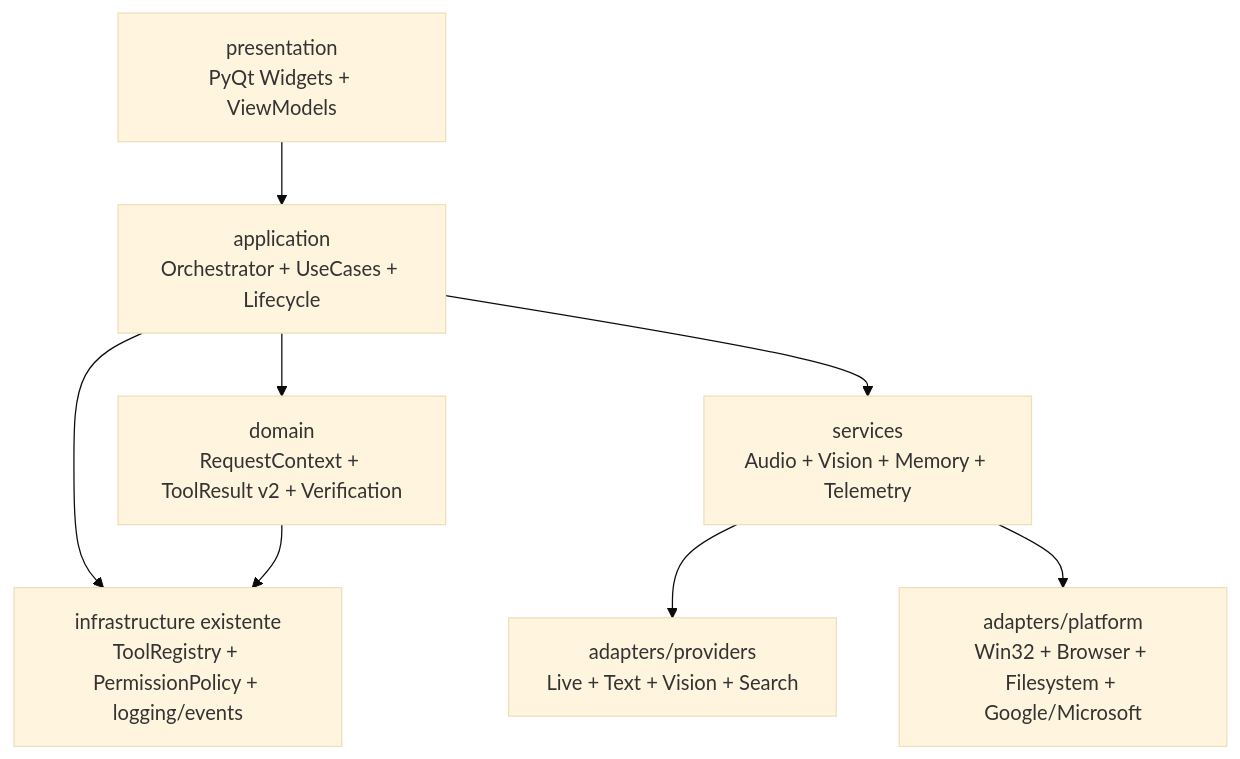
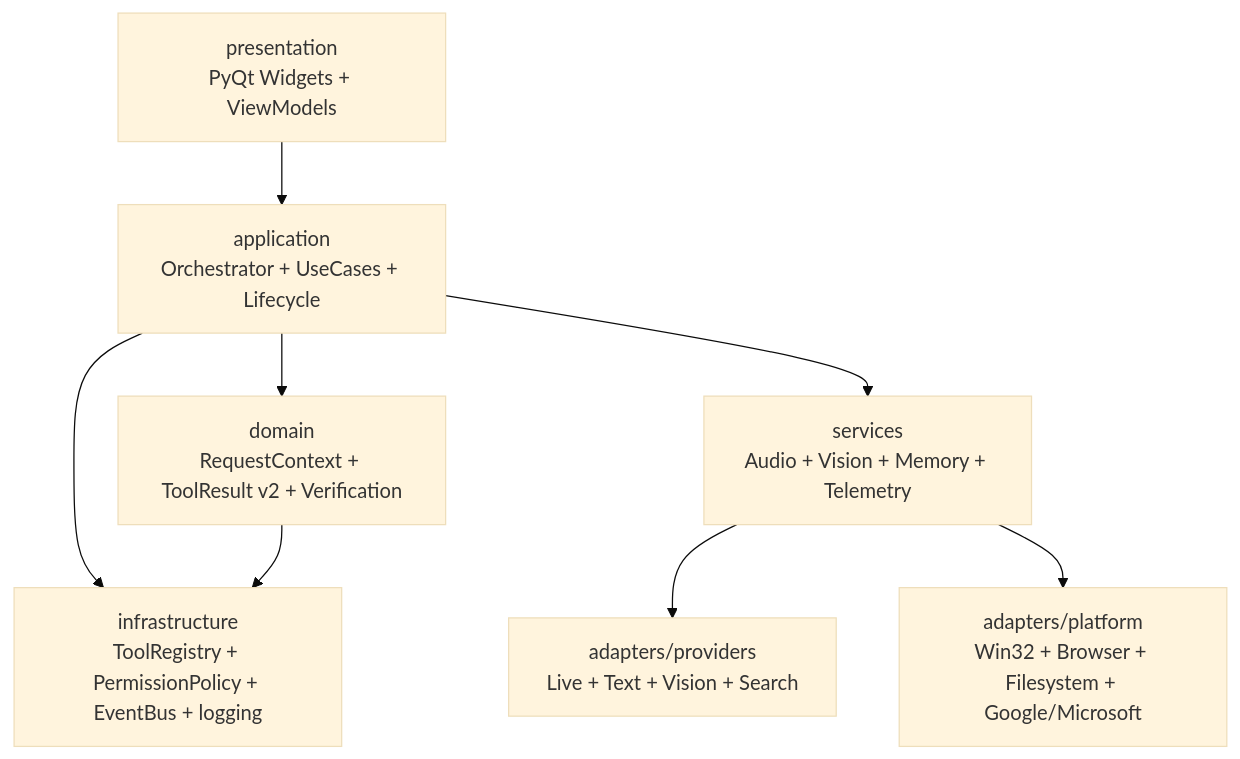
One commit to alejogaisser/J.A.R.V.I.S.-Prototype changed the fourth of 4 diagrams in ARCHITECTURE.md. Above: the diagram before and after it, drawn with Mermaid (base theme). The commit also changed other lines of this file and 19 other files, not shown here.

Commit message:
feat: add typed runtime event bus

````diff
--- a/ARCHITECTURE.md
+++ b/ARCHITECTURE.md
@@ -334,18 +342,18 @@
 ```mermaid
 flowchart TD
     Presentation["presentation\nPyQt Widgets + ViewModels"]
     Application["application\nOrchestrator + UseCases + Lifecycle"]
     Domain["domain\nRequestContext + ToolResult v2 + Verification"]
     Services["services\nAudio + Vision + Memory + Telemetry"]
     Providers["adapters/providers\nLive + Text + Vision + Search"]
     Platform["adapters/platform\nWin32 + Browser + Filesystem + Google/Microsoft"]
-    Infra["infrastructure existente\nToolRegistry + PermissionPolicy + logging/events"]
+    Infra["infrastructure\nToolRegistry + PermissionPolicy + EventBus + logging"]
 
     Presentation --> Application
     Application --> Domain
     Application --> Services
     Services --> Providers
     Services --> Platform
     Application --> Infra
     Domain --> Infra
 ```
````
